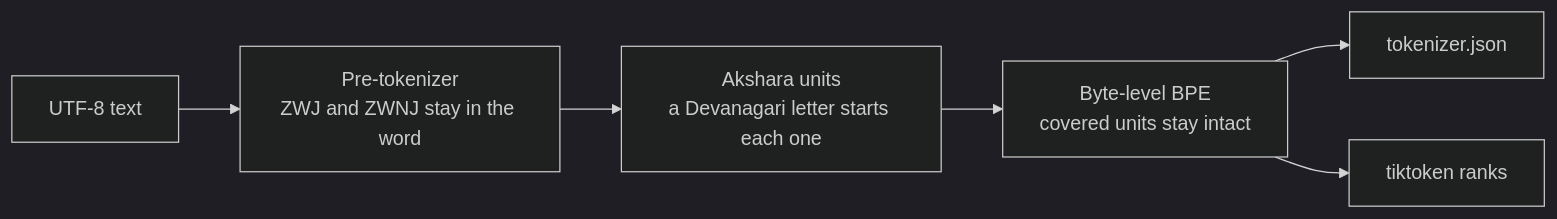
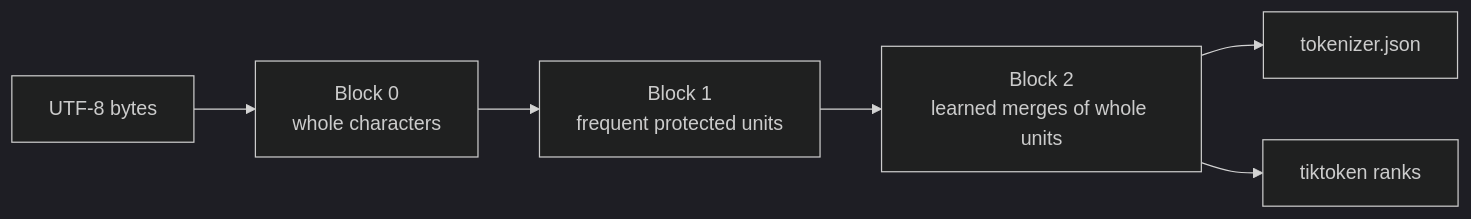
Before and after one commit to SirAlchemist1/ancoda-tokenizer: the first of 2 diagrams in README.md, drawn with Mermaid (dark theme). The commit also changed other lines of this file and 4 other files, not shown here.

````diff
--- a/README.md
+++ b/README.md
@@ -23,8 +39,8 @@
 ```mermaid
 flowchart LR
-  A["UTF-8 text"] --> B["Pre-tokenizer<br/>ZWJ and ZWNJ stay in the word"]
-  B --> C["Akshara units<br/>a Devanagari letter starts each one"]
-  C --> D["Byte-level BPE<br/>covered units stay intact"]
+  A["UTF-8 bytes"] --> B["Block 0<br/>whole characters"]
+  B --> C["Block 1<br/>frequent protected units"]
+  C --> D["Block 2<br/>learned merges of whole units"]
   D --> E["tokenizer.json"]
   D --> F["tiktoken ranks"]
 ```
````
